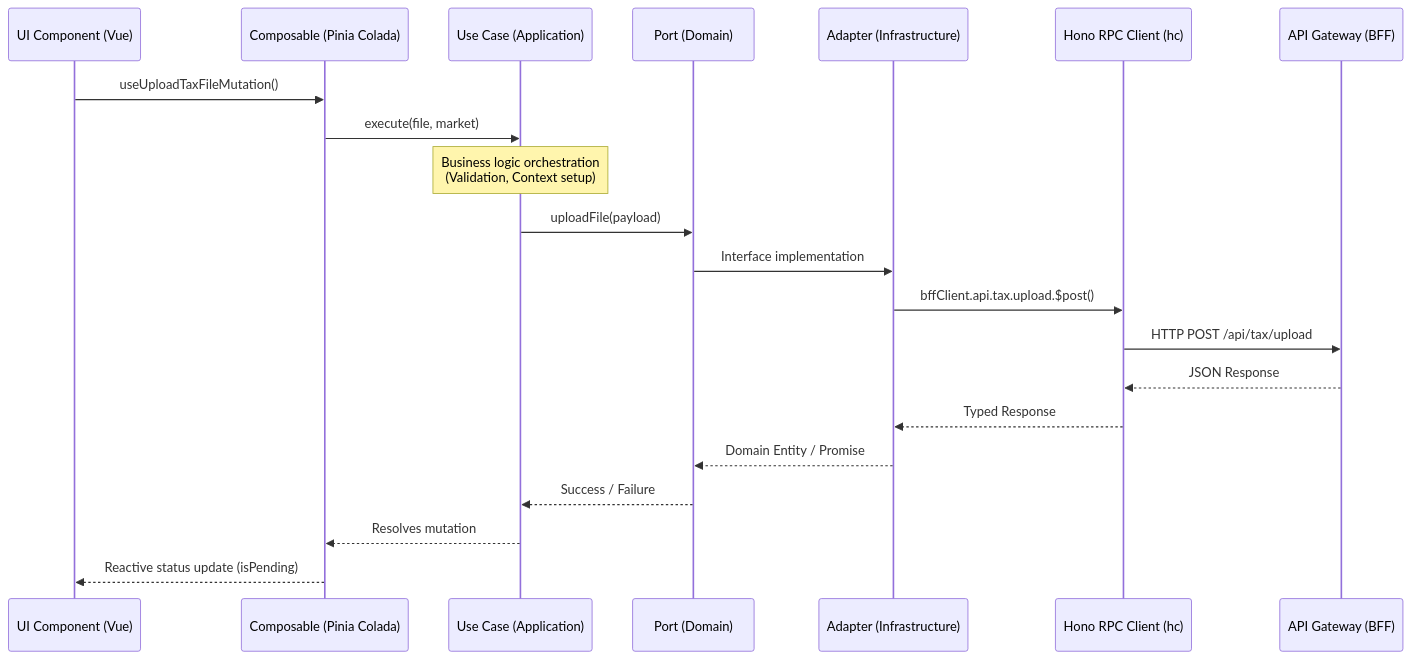
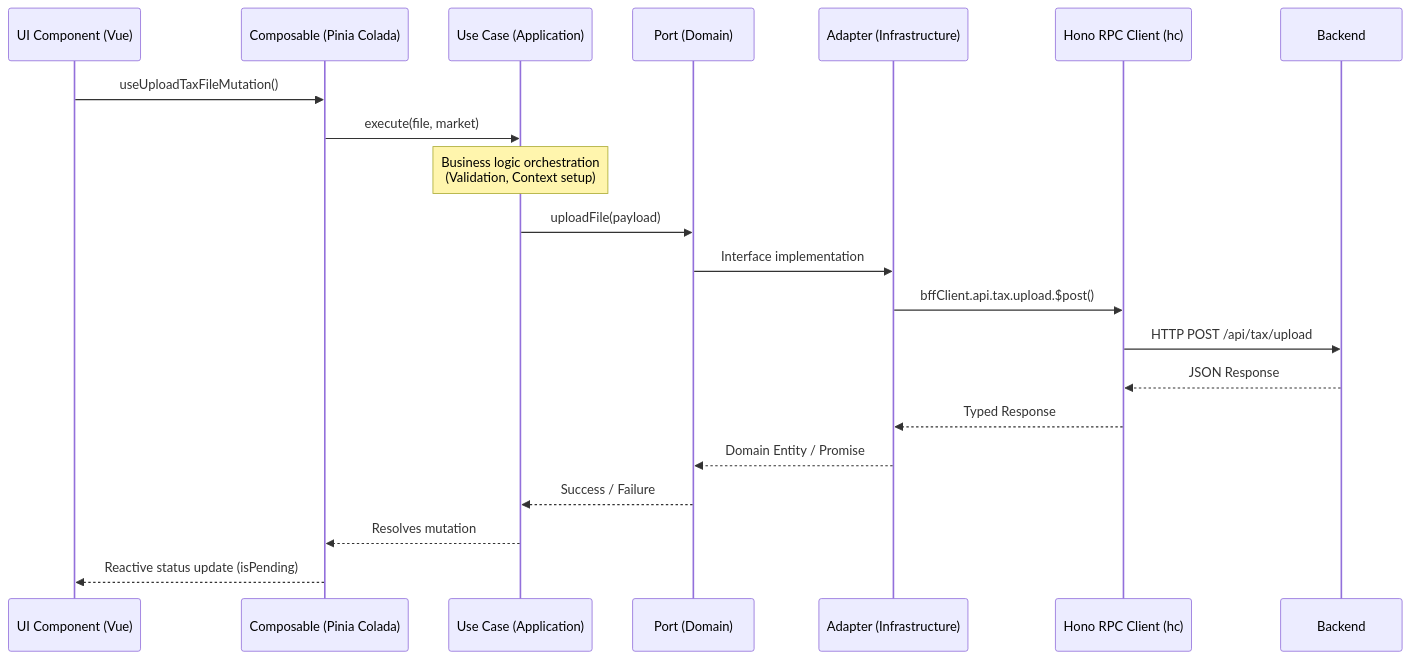
Before and after one commit to nelomr/kryptofolio: the first of 3 diagrams in docs/architecture.md, drawn with Mermaid. The commit also changed other lines of this file and 83 other files, not shown here.

Commit message:
feat: backend consolidation, DuckDB adapter, and dual-db architecture

````diff
--- a/docs/architecture.md
+++ b/docs/architecture.md
@@ -36,24 +36,24 @@
 ```mermaid
 sequenceDiagram
     participant UI as UI Component (Vue)
     participant Colada as Composable (Pinia Colada)
     participant UseCase as Use Case (Application)
     participant Port as Port (Domain)
     participant Adapter as Adapter (Infrastructure)
     participant hc as Hono RPC Client (hc)
-    participant BFF as API Gateway (BFF)
+    participant Backend as Backend
 
     UI->>Colada: useUploadTaxFileMutation()
     Colada->>UseCase: execute(file, market)
     Note over UseCase: Business logic orchestration<br/>(Validation, Context setup)
     UseCase->>Port: uploadFile(payload)
     Port->>Adapter: Interface implementation
     Adapter->>hc: bffClient.api.tax.upload.$post()
-    hc->>BFF: HTTP POST /api/tax/upload
-    BFF-->>hc: JSON Response
+    hc->>Backend: HTTP POST /api/tax/upload
+    Backend-->>hc: JSON Response
     hc-->>Adapter: Typed Response
     Adapter-->>Port: Domain Entity / Promise
     Port-->>UseCase: Success / Failure
     UseCase-->>Colada: Resolves mutation
     Colada-->>UI: Reactive status update (isPending)
 ```
````
